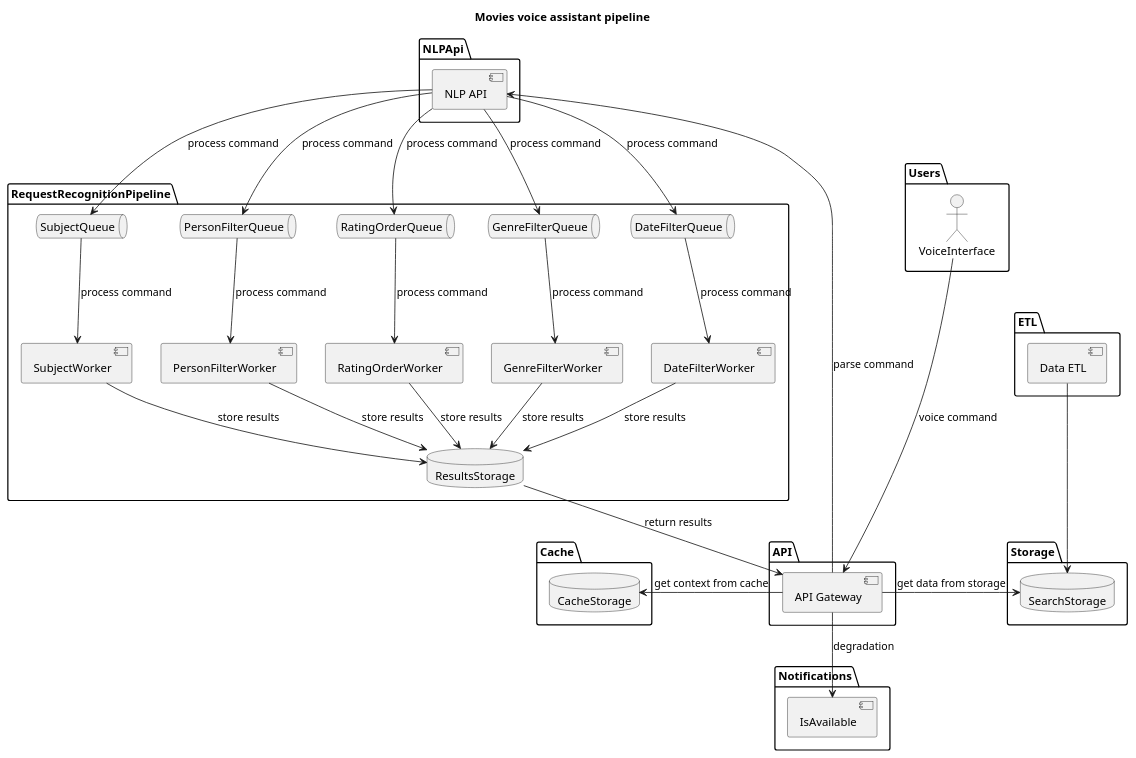
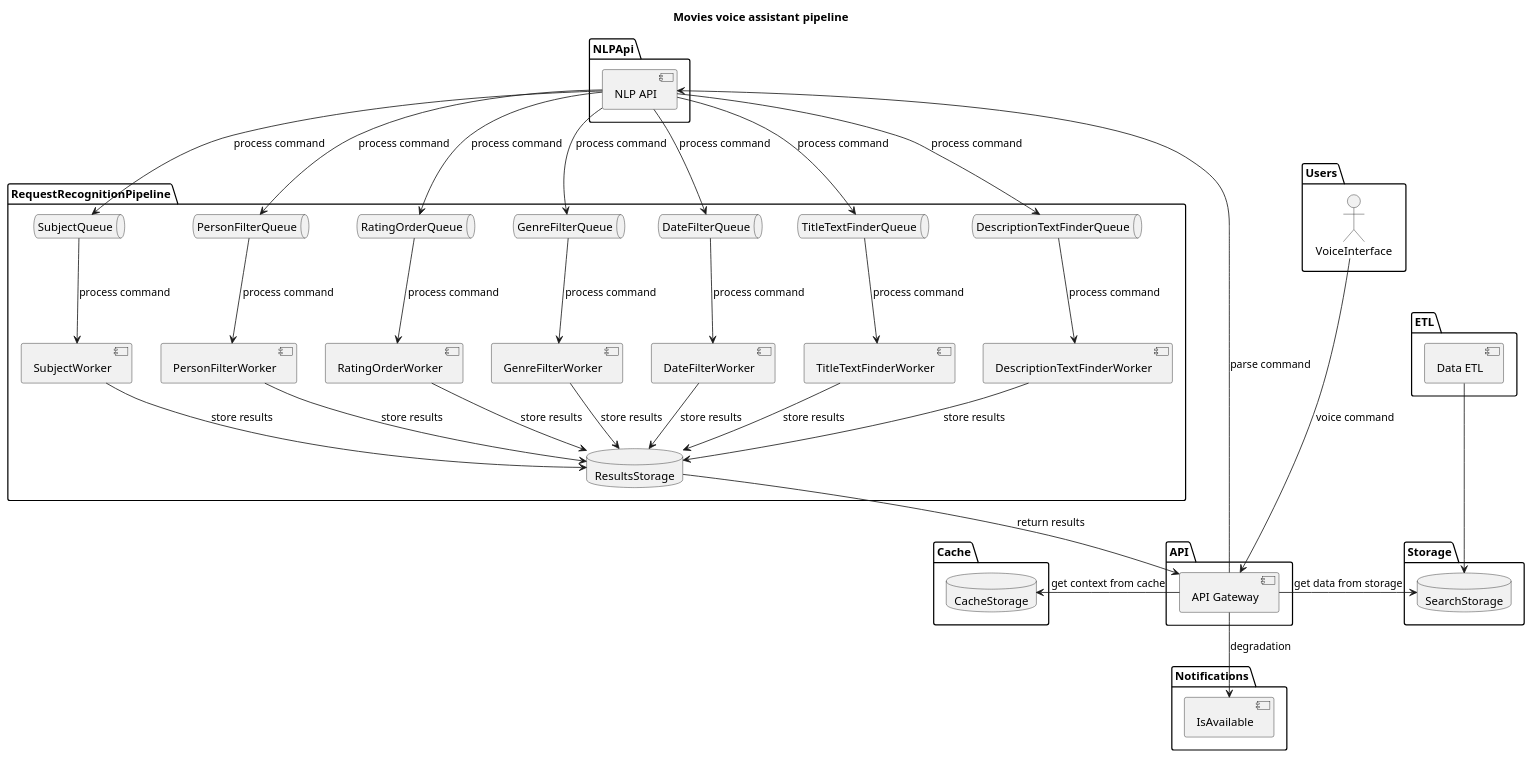
One commit to artwist-polyakov/voice_assistant_midpy changed the diagram in docs/s2-project.puml. Above: the diagram before and after it, drawn with PlantUML. The commit also changed 1 other file, not shown here.

Commit message:
дополняет схему двумя пайплайнами

```diff
--- a/docs/s2-project.puml
+++ b/docs/s2-project.puml
@@ -1,77 +1,87 @@
 @startuml
 
 title
 <b>Movies voice assistant pipeline</b>
 end title
 
 package Users {
     actor VoiceInterface
 
 }
 
 package ETL {
     [Data ETL]
 }
 
 package API {
     [API Gateway]
 }
 
 package Storage {
    database SearchStorage
 }
 
 package Cache {
     database CacheStorage
 }
 
 package  Notifications {
     [IsAvailable]
 }
 
 package NLPApi {
     [NLP API]
 }
 
 package RequestRecognitionPipeline {
     queue SubjectQueue
     queue PersonFilterQueue
     queue RatingOrderQueue
     queue GenreFilterQueue
     queue DateFilterQueue
+    queue TitleTextFinderQueue
+    queue DescriptionTextFinderQueue
     database ResultsStorage
     [SubjectWorker]
     [PersonFilterWorker]
     [RatingOrderWorker]
     [GenreFilterWorker]
     [DateFilterWorker]
+    [TitleTextFinderWorker]
+    [DescriptionTextFinderWorker]
 }
 
 VoiceInterface --down--> [API Gateway] : voice command
 [API Gateway] --> [NLP API] : parse command
 [NLP API] --> SubjectQueue : process command
 [NLP API] --> PersonFilterQueue : process command
 [NLP API] --> RatingOrderQueue : process command
 [NLP API] --> GenreFilterQueue : process command
 [NLP API] --> DateFilterQueue : process command
+[NLP API] --> TitleTextFinderQueue : process command
+[NLP API] --> DescriptionTextFinderQueue : process command
 SubjectQueue --> [SubjectWorker] : process command
 PersonFilterQueue --> [PersonFilterWorker] : process command
 RatingOrderQueue --> [RatingOrderWorker] : process command
 GenreFilterQueue --> [GenreFilterWorker] : process command
 DateFilterQueue --> [DateFilterWorker] : process command
+TitleTextFinderQueue --> [TitleTextFinderWorker] : process command
+DescriptionTextFinderQueue --> [DescriptionTextFinderWorker] : process command
 [SubjectWorker] --> ResultsStorage : store results
 [PersonFilterWorker] --> ResultsStorage : store results
 [RatingOrderWorker] --> ResultsStorage : store results
 [GenreFilterWorker] --> ResultsStorage : store results
 [DateFilterWorker] --> ResultsStorage : store results
+[TitleTextFinderWorker] --> ResultsStorage : store results
+[DescriptionTextFinderWorker] --> ResultsStorage : store results
 ResultsStorage --> [API Gateway] : return results
 
 [API Gateway] -left-> CacheStorage : get context from cache
 
 [API Gateway] -right-> SearchStorage : get data from storage
 
 [Data ETL]  --down-> SearchStorage
 
 [API Gateway] --> [IsAvailable] : degradation
 
 @enduml
```
